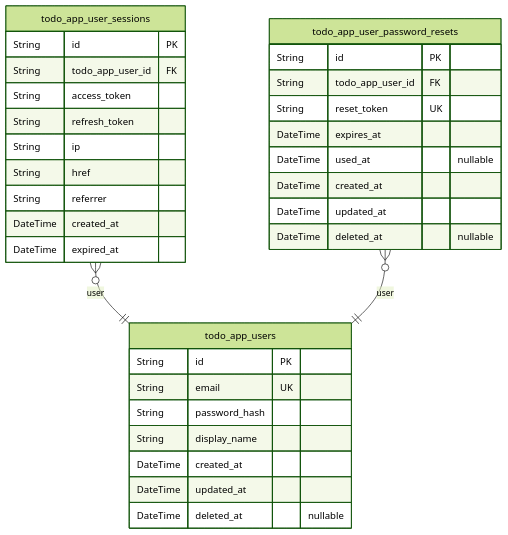
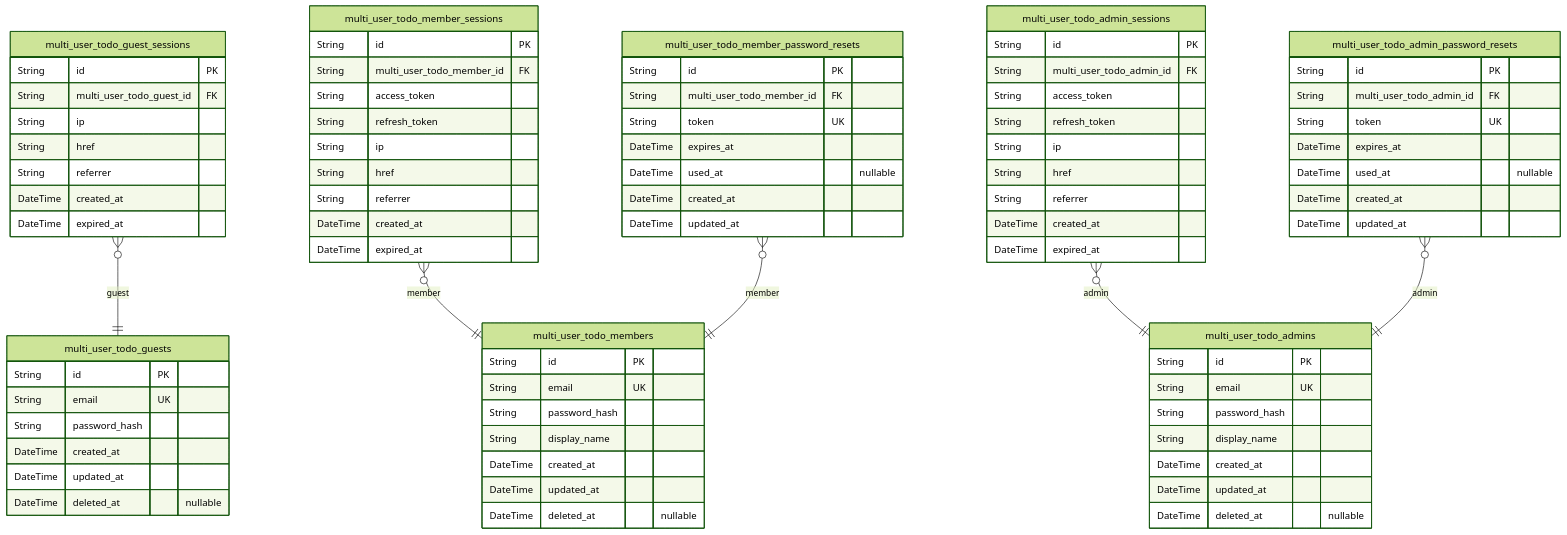
Before and after one commit to wrtnlabs/autobe-examples: the first of 4 diagrams in deepseek/deepseek-v3.1-terminus-exacto/todo/docs/ERD.md, drawn with Mermaid (forest theme). The commit also changed other lines of this file and 13530 other files, not shown here.

````diff
--- a/deepseek/deepseek-v3.1-terminus-exacto/todo/docs/ERD.md
+++ b/deepseek/deepseek-v3.1-terminus-exacto/todo/docs/ERD.md
@@ -13,6 +12,23 @@
 ```mermaid
 erDiagram
-"todo_app_users" {
+"multi_user_todo_guests" {
+  String id PK
+  String email UK
+  String password_hash
+  DateTime created_at
+  DateTime updated_at
+  DateTime deleted_at "nullable"
+}
+"multi_user_todo_guest_sessions" {
+  String id PK
+  String multi_user_todo_guest_id FK
+  String ip
+  String href
+  String referrer
+  DateTime created_at
+  DateTime expired_at
+}
+"multi_user_todo_members" {
   String id PK
   String email UK
   String password_hash
@@ -21,9 +37,9 @@
   DateTime updated_at
   DateTime deleted_at "nullable"
 }
-"todo_app_user_sessions" {
+"multi_user_todo_member_sessions" {
   String id PK
-  String todo_app_user_id FK
+  String multi_user_todo_member_id FK
   String access_token
   String refresh_token
   String ip
@@ -32,16 +48,47 @@
   DateTime created_at
   DateTime expired_at
 }
-"todo_app_user_password_resets" {
+"multi_user_todo_admins" {
   String id PK
-  String todo_app_user_id FK
-  String reset_token UK
+  String email UK
+  String password_hash
+  String display_name
+  DateTime created_at
+  DateTime updated_at
+  DateTime deleted_at "nullable"
+}
+"multi_user_todo_admin_sessions" {
+  String id PK
+  String multi_user_todo_admin_id FK
+  String access_token
+  String refresh_token
+  String ip
+  String href
+  String referrer
+  DateTime created_at
+  DateTime expired_at
+}
+"multi_user_todo_admin_password_resets" {
+  String id PK
+  String multi_user_todo_admin_id FK
+  String token UK
   DateTime expires_at
   DateTime used_at "nullable"
   DateTime created_at
   DateTime updated_at
-  DateTime deleted_at "nullable"
 }
-"todo_app_user_sessions" }o--|| "todo_app_users" : user
-"todo_app_user_password_resets" }o--|| "todo_app_users" : user
+"multi_user_todo_member_password_resets" {
+  String id PK
+  String multi_user_todo_member_id FK
+  String token UK
+  DateTime expires_at
+  DateTime used_at "nullable"
+  DateTime created_at
+  DateTime updated_at
+}
+"multi_user_todo_guest_sessions" }o--|| "multi_user_todo_guests" : guest
+"multi_user_todo_member_sessions" }o--|| "multi_user_todo_members" : member
+"multi_user_todo_admin_sessions" }o--|| "multi_user_todo_admins" : admin
+"multi_user_todo_admin_password_resets" }o--|| "multi_user_todo_admins" : admin
+"multi_user_todo_member_password_resets" }o--|| "multi_user_todo_members" : member
 ```
````
